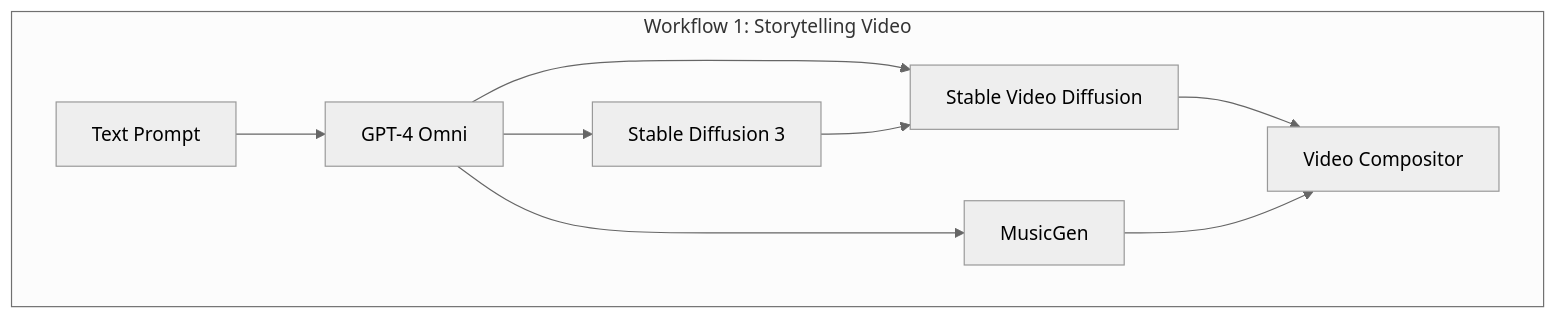
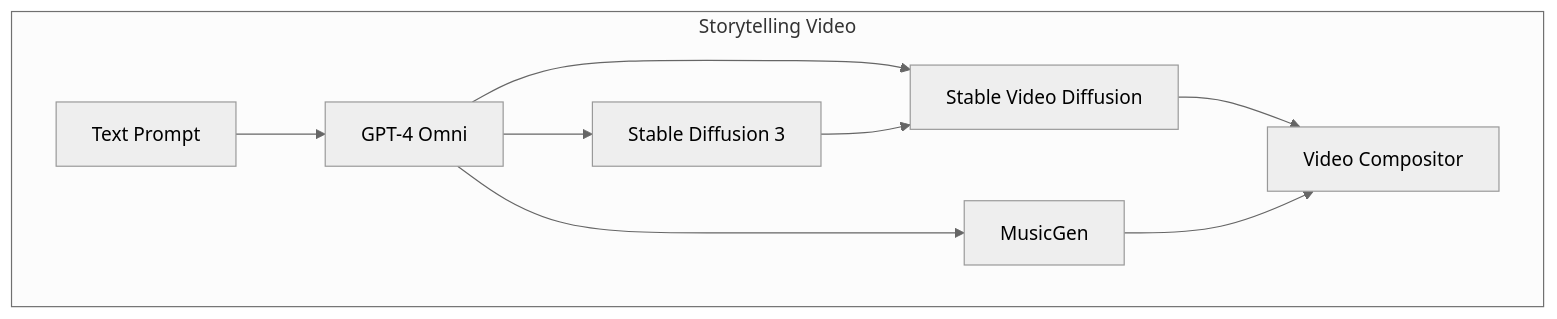
One commit to AaronCWacker/Yggdrasil changed the first of 5 diagrams in Mermaid/MultimodalAIPipelines.md. Above: the diagram before and after it, drawn with Mermaid (neutral theme). The commit also changed other lines of this file, not shown here.

````diff
--- a/Mermaid/MultimodalAIPipelines.md
+++ b/Mermaid/MultimodalAIPipelines.md
@@ -5,12 +5,12 @@
 ```mermaid
 graph TD
-    subgraph "Workflow 1: Storytelling Video"
+    subgraph "Storytelling Video"
         T1[Text Prompt] --> GPT[GPT-4 Omni]
         GPT --> IMG[Stable Diffusion 3]
         GPT --> VID[Stable Video Diffusion]
         IMG --> VID
         GPT --> AUD[MusicGen]
         VID --> COMP[Video Compositor]
         AUD --> COMP
     end
 ```
````
